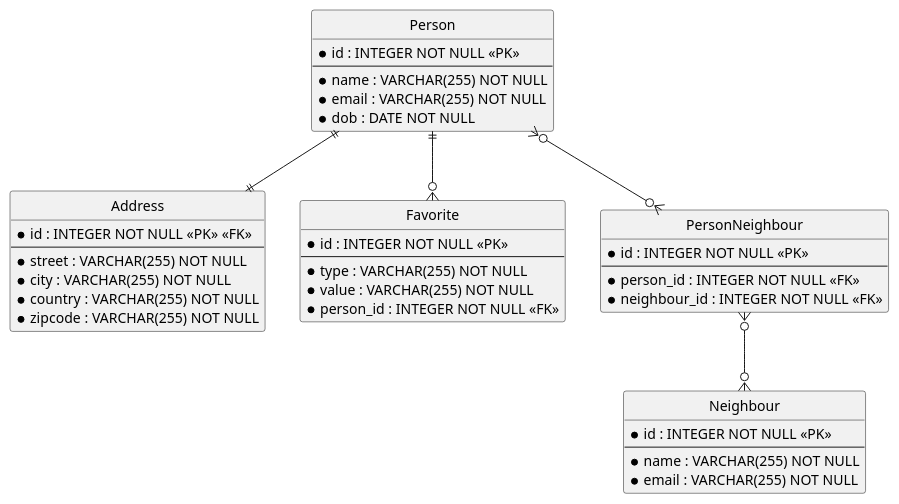
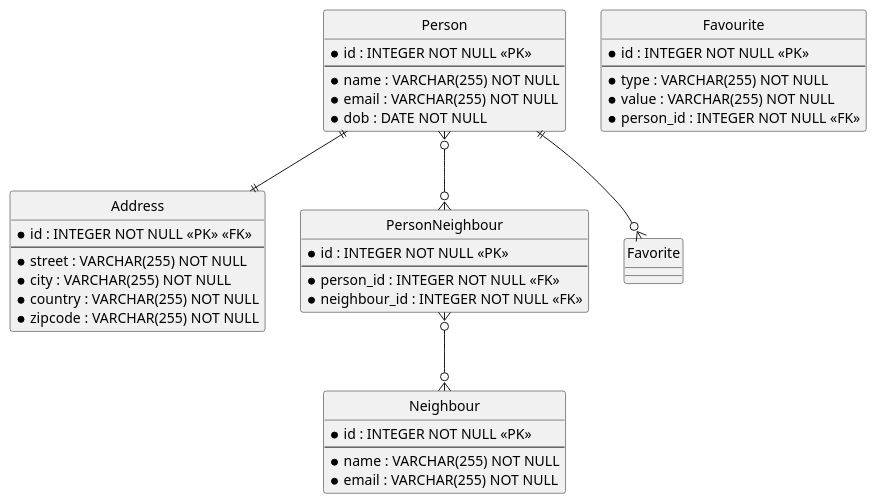
The diagram in Assessment/TASK1/2NF_3NF.plantuml (sudefidan/Advanced_Database), drawn with PlantUML before and after one commit. The commit also changed 3 other files, not shown here.

Commit message:
favorite changed to favourite

```diff
--- a/Assessment/TASK1/2NF_3NF.plantuml
+++ b/Assessment/TASK1/2NF_3NF.plantuml
@@ -1,49 +1,49 @@
 @startuml ER Diagram
 
 hide circle
 
 entity "Person" {
   * id : INTEGER NOT NULL <<PK>>
   --
   * name : VARCHAR(255) NOT NULL
   * email : VARCHAR(255) NOT NULL
   * dob : DATE NOT NULL
 }
 
 entity "Address" {
   * id : INTEGER NOT NULL <<PK>> <<FK>>
   --
   * street : VARCHAR(255) NOT NULL
   * city : VARCHAR(255) NOT NULL
   * country : VARCHAR(255) NOT NULL
   * zipcode : VARCHAR(255) NOT NULL
 }
 
-entity "Favorite" {
+entity "Favourite" {
   * id : INTEGER NOT NULL <<PK>>
   --
   * type : VARCHAR(255) NOT NULL
   * value : VARCHAR(255) NOT NULL
   * person_id : INTEGER NOT NULL <<FK>>
 }
 
 entity "PersonNeighbour" {
   * id : INTEGER NOT NULL <<PK>>
   --
   * person_id : INTEGER NOT NULL <<FK>>
   * neighbour_id : INTEGER NOT NULL <<FK>>
 }
 
 entity "Neighbour" {
   * id : INTEGER NOT NULL <<PK>>
   --
   * name : VARCHAR(255) NOT NULL
   * email : VARCHAR(255) NOT NULL
 }
 
 Person ||--o{ Favorite
 Person ||--|| Address
 
 Person }o--o{ PersonNeighbour
 PersonNeighbour }o--o{ Neighbour
 @enduml
```
